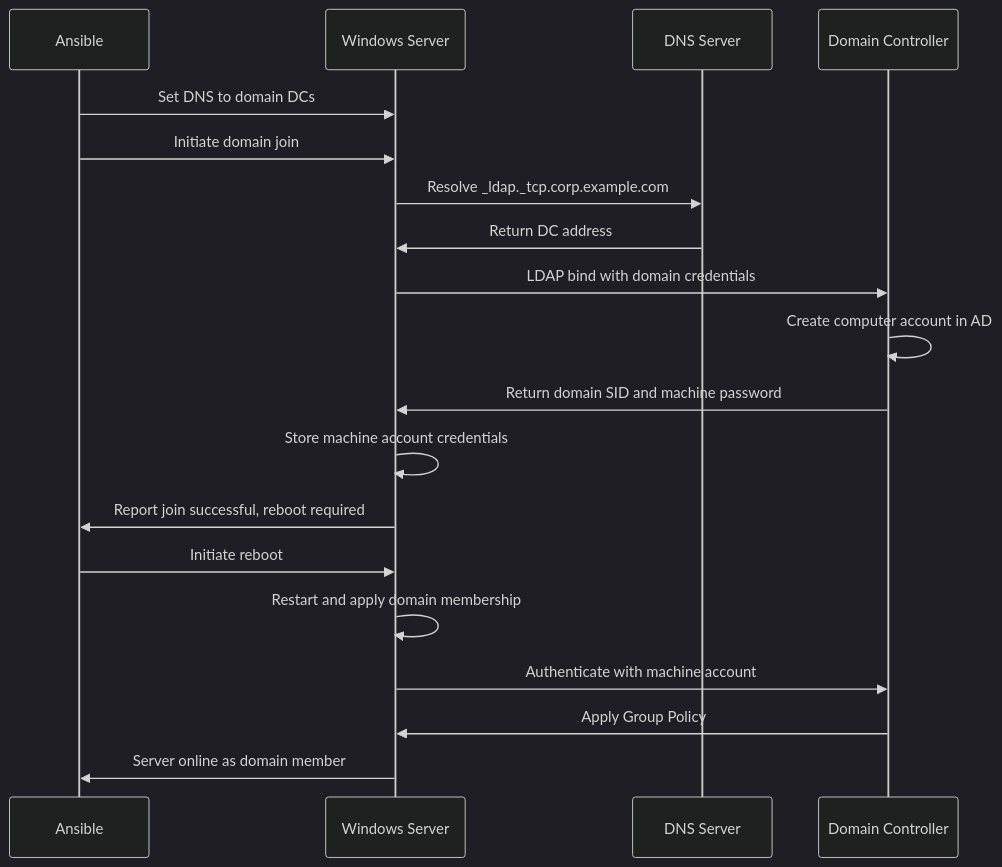
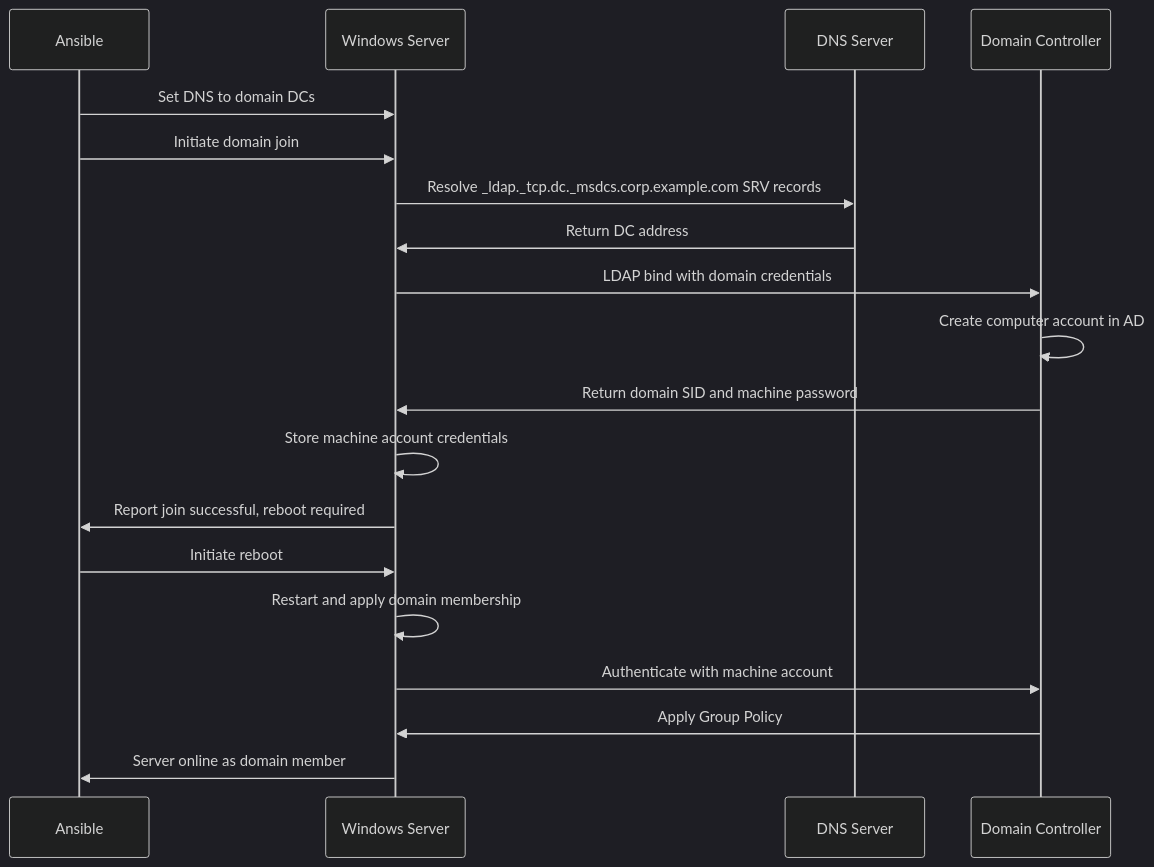
Before and after one commit to OneUptime/blog: the diagram in posts/2026-02-21-how-to-use-ansible-win-domain-membership-module/README.md, drawn with Mermaid (dark theme). The commit also changed other lines of this file and 2 other files, not shown here.

````diff
--- a/posts/2026-02-21-how-to-use-ansible-win-domain-membership-module/README.md
+++ b/posts/2026-02-21-how-to-use-ansible-win-domain-membership-module/README.md
@@ -269,22 +270,22 @@
 ```mermaid
 sequenceDiagram
     participant A as Ansible
     participant S as Windows Server
     participant DNS as DNS Server
     participant DC as Domain Controller
 
     A->>S: Set DNS to domain DCs
     A->>S: Initiate domain join
-    S->>DNS: Resolve _ldap._tcp.corp.example.com
+    S->>DNS: Resolve _ldap._tcp.dc._msdcs.corp.example.com SRV records
     DNS->>S: Return DC address
     S->>DC: LDAP bind with domain credentials
     DC->>DC: Create computer account in AD
     DC->>S: Return domain SID and machine password
     S->>S: Store machine account credentials
     S->>A: Report join successful, reboot required
     A->>S: Initiate reboot
     S->>S: Restart and apply domain membership
     S->>DC: Authenticate with machine account
     DC->>S: Apply Group Policy
     S->>A: Server online as domain member
 ```
````
